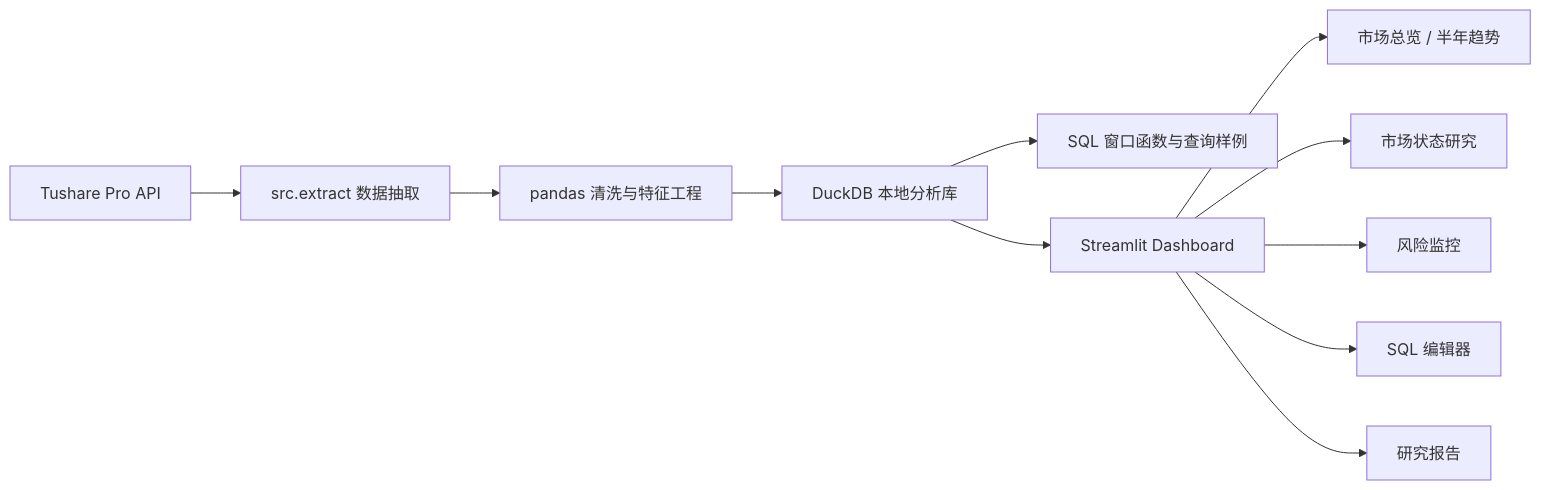
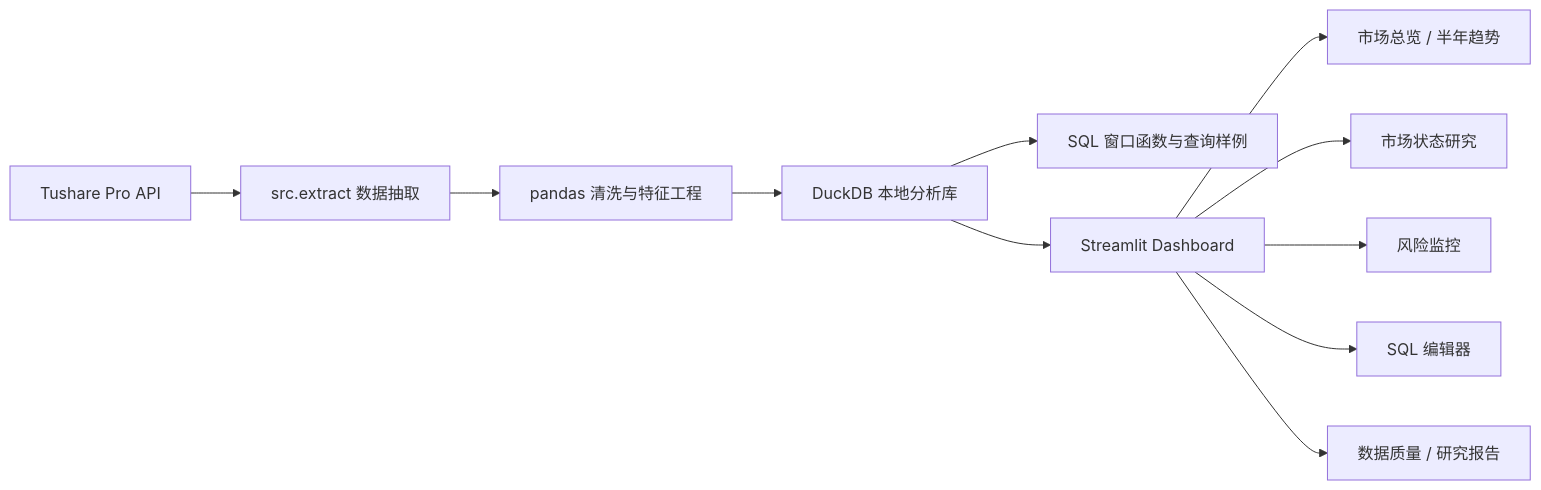
The diagram in README.md (NikolaKovac-debug/a-share-market-analytics), drawn with Mermaid before and after one commit. The commit also changed other lines of this file and 9 other files, not shown here.

````diff
--- a/README.md
+++ b/README.md
@@ -17,13 +18,13 @@
 ```mermaid
 flowchart LR
     A["Tushare Pro API"] --> B["src.extract 数据抽取"]
     B --> C["pandas 清洗与特征工程"]
     C --> D["DuckDB 本地分析库"]
     D --> E["SQL 窗口函数与查询样例"]
     D --> F["Streamlit Dashboard"]
     F --> G["市场总览 / 半年趋势"]
     F --> H["市场状态研究"]
     F --> I["风险监控"]
     F --> J["SQL 编辑器"]
-    F --> K["研究报告"]
+    F --> K["数据质量 / 研究报告"]
 ```
````
